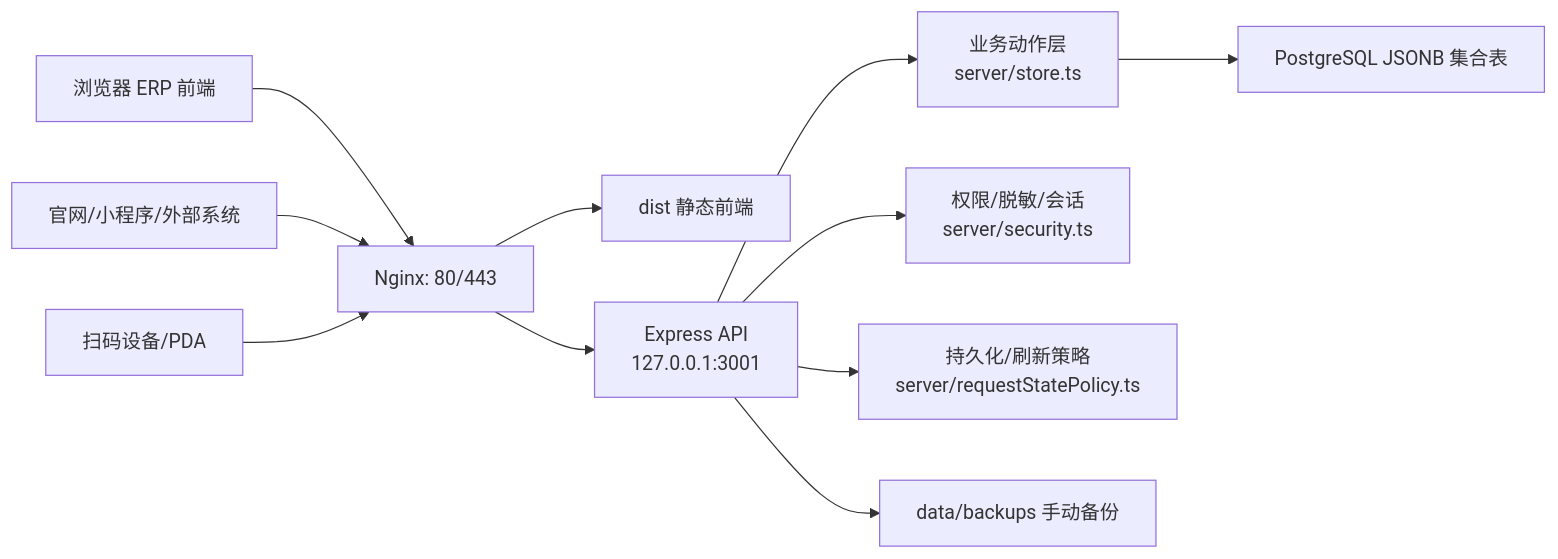
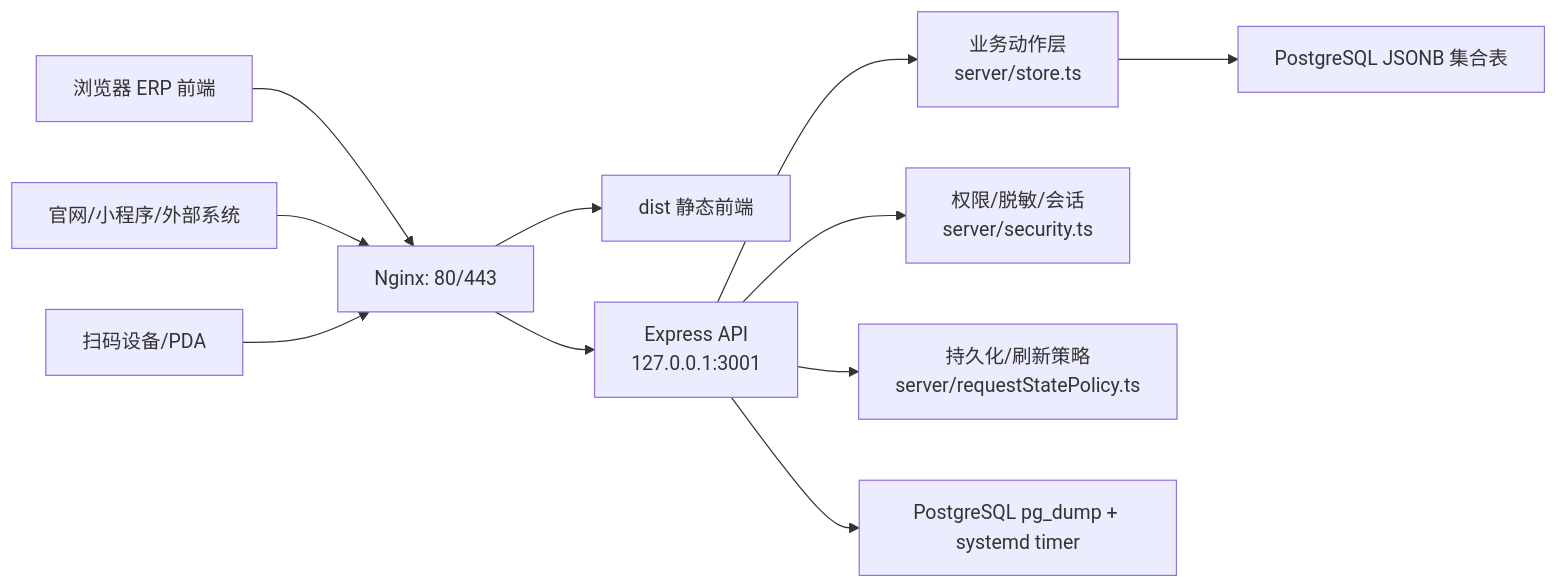
The first of 5 diagrams in docs/ARCHITECTURE.md (a18328465544-wq/xkerp), drawn with Mermaid before and after one commit. The commit also changed other lines of this file and 70 other files, not shown here.

````diff
--- a/docs/ARCHITECTURE.md
+++ b/docs/ARCHITECTURE.md
@@ -43,15 +44,15 @@
 ```mermaid
 flowchart LR
   Browser["浏览器 ERP 前端"] --> Nginx["Nginx: 80/443"]
   Website["官网/小程序/外部系统"] --> Nginx
   Scanner["扫码设备/PDA"] --> Nginx
 
   Nginx --> Static["dist 静态前端"]
   Nginx --> Api["Express API<br/>127.0.0.1:3001"]
 
   Api --> Store["业务动作层<br/>server/store.ts"]
   Api --> Security["权限/脱敏/会话<br/>server/security.ts"]
   Api --> Policy["持久化/刷新策略<br/>server/requestStatePolicy.ts"]
   Store --> Db["PostgreSQL JSONB 集合表"]
-  Api --> Backup["data/backups 手动备份"]
+  Api --> Backup["PostgreSQL pg_dump + systemd timer"]
 ```
````
